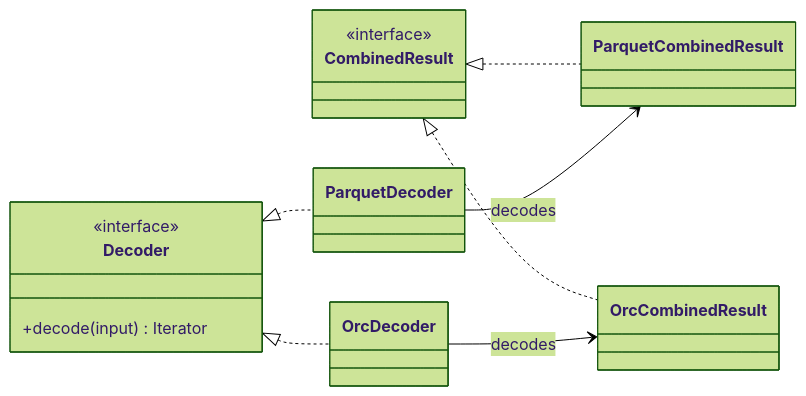
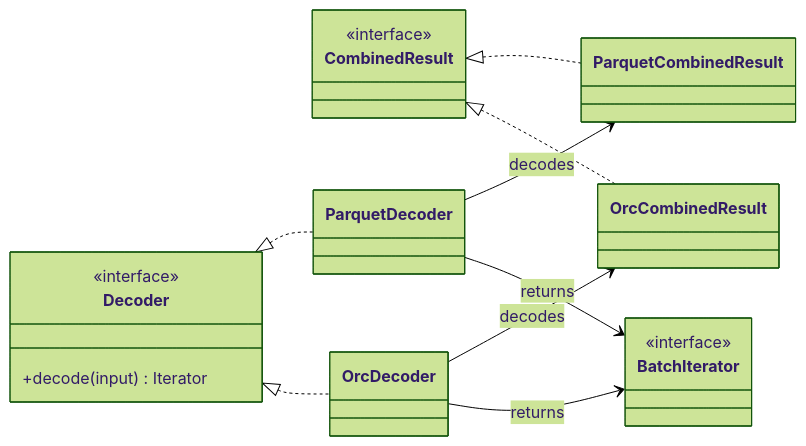
One commit to NVIDIA/cudf-spark changed the sixth of 8 diagrams in docs/rfc/rapids_table_scan_v2/design.md. Above: the diagram before and after it, drawn with Mermaid (forest theme). The commit also changed other lines of this file, not shown here.

````diff
--- a/docs/rfc/rapids_table_scan_v2/design.md
+++ b/docs/rfc/rapids_table_scan_v2/design.md
@@ -412,25 +550,30 @@
 ```mermaid
 classDiagram
   direction LR
 
   class Decoder {
     <<interface>>
     +decode(input) Iterator
   }
   class CombinedResult {
+    <<interface>>
+  }
+  class BatchIterator {
     <<interface>>
   }
 
   class ParquetDecoder
   class ParquetCombinedResult
   class OrcDecoder
   class OrcCombinedResult
 
   Decoder <|.. ParquetDecoder
   Decoder <|.. OrcDecoder
   CombinedResult <|.. ParquetCombinedResult
   CombinedResult <|.. OrcCombinedResult
 
   ParquetDecoder --> ParquetCombinedResult : decodes
   OrcDecoder --> OrcCombinedResult : decodes
+  ParquetDecoder --> BatchIterator : returns
+  OrcDecoder --> BatchIterator : returns
 ```
````
